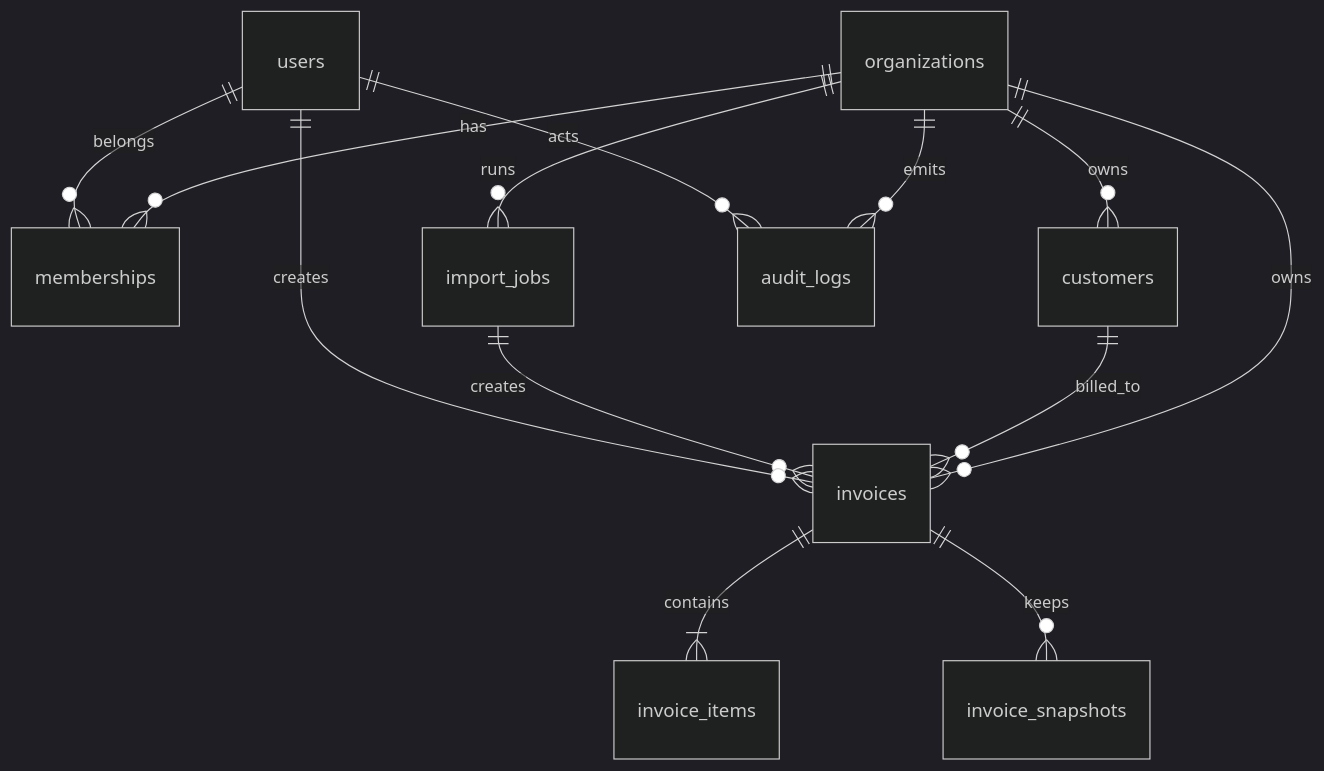
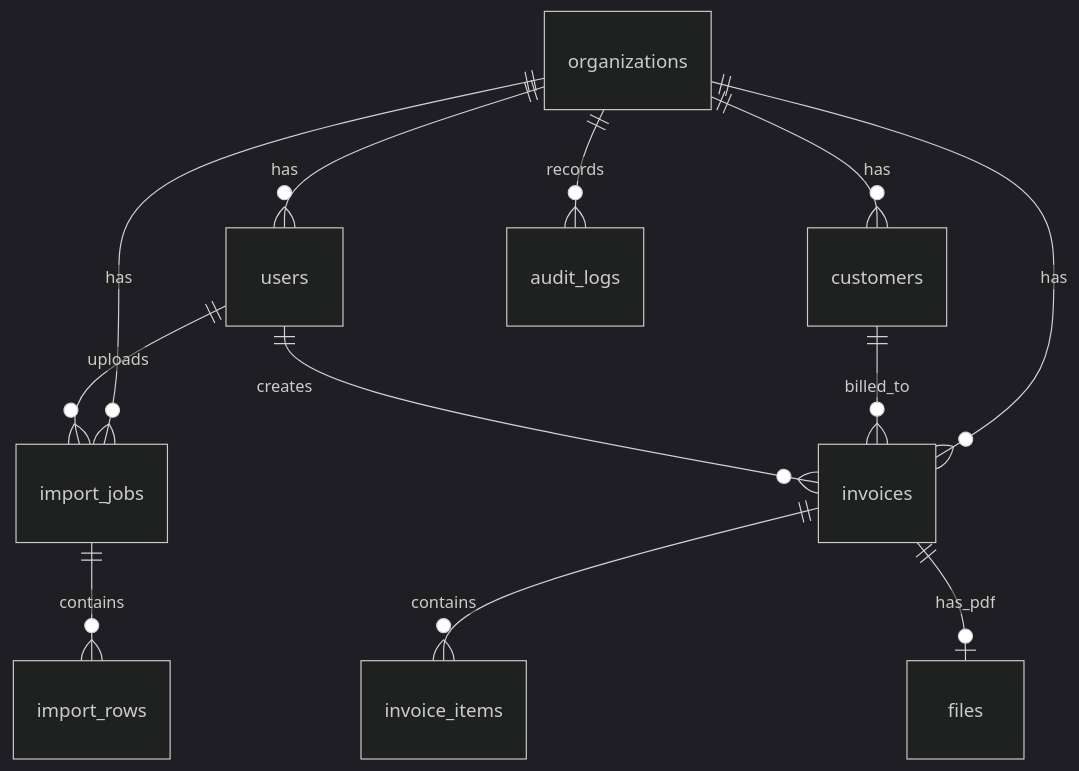
Before and after one commit to hiroto11111/dop-app: the second of 3 diagrams in AGENTS.md, drawn with Mermaid (dark theme). The commit also changed other lines of this file and 1 other file, not shown here.

````diff
--- a/AGENTS.md
+++ b/AGENTS.md
@@ -168,15 +246,14 @@
 ```mermaid
 erDiagram
-    organizations ||--o{ memberships : has
-    users ||--o{ memberships : belongs
-    organizations ||--o{ customers : owns
-    organizations ||--o{ import_jobs : runs
-    organizations ||--o{ invoices : owns
+    organizations ||--o{ users : has
+    organizations ||--o{ customers : has
+    organizations ||--o{ import_jobs : has
+    import_jobs ||--o{ import_rows : contains
+    organizations ||--o{ invoices : has
     customers ||--o{ invoices : billed_to
-    import_jobs ||--o{ invoices : creates
+    invoices ||--o{ invoice_items : contains
+    invoices ||--o| files : has_pdf
+    organizations ||--o{ audit_logs : records
+    users ||--o{ import_jobs : uploads
     users ||--o{ invoices : creates
-    invoices ||--|{ invoice_items : contains
-    invoices ||--o{ invoice_snapshots : keeps
-    organizations ||--o{ audit_logs : emits
-    users ||--o{ audit_logs : acts
 ```
````
